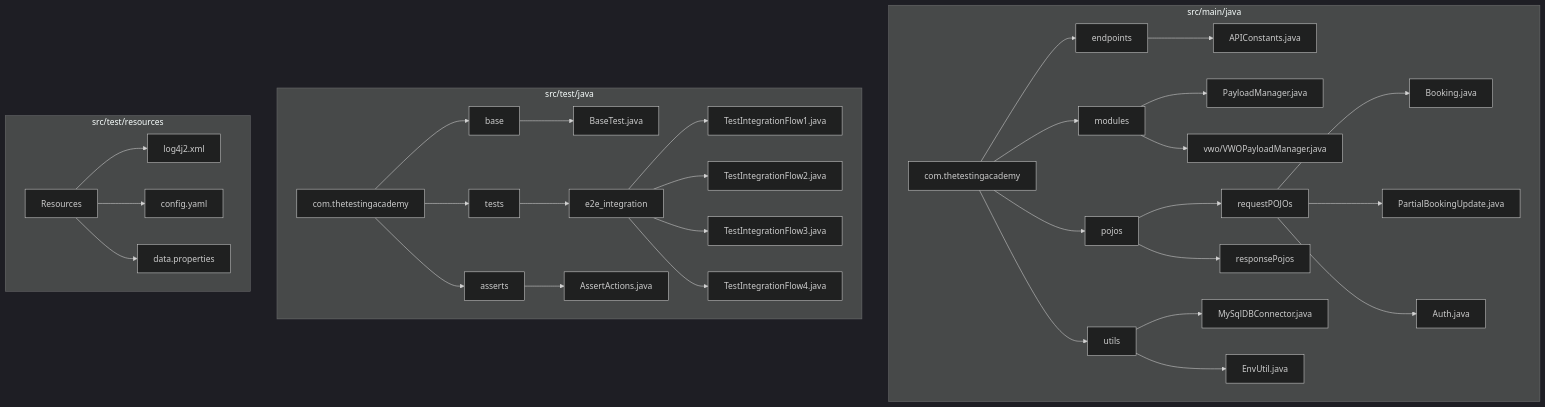
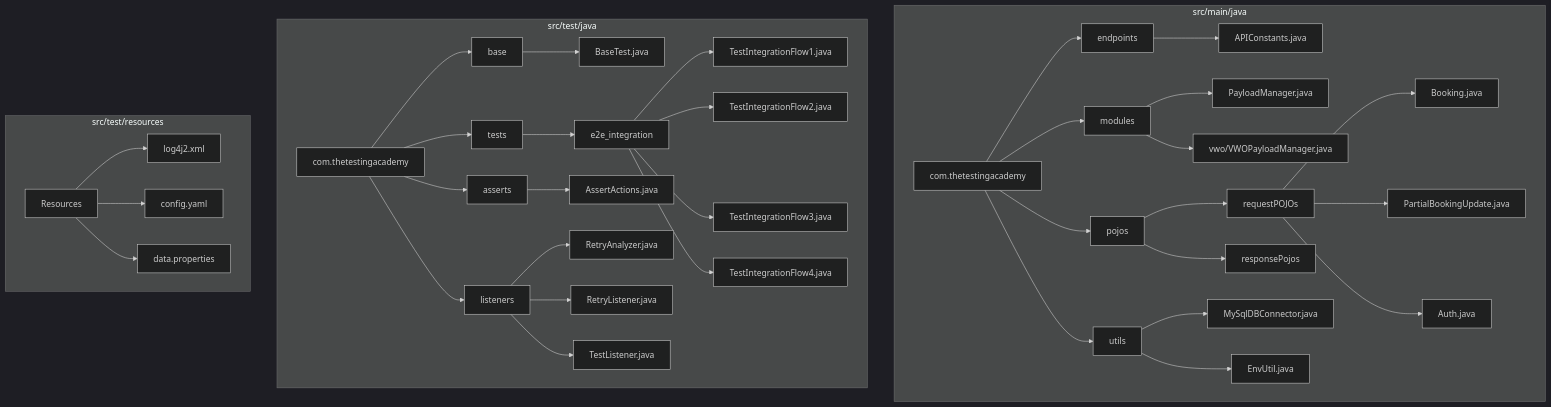
Before and after one commit to PramodDutta/APIAutomationFramworkATB15x: the third of 12 diagrams in README.md, drawn with Mermaid (dark theme). The commit also changed other lines of this file and 11 other files, not shown here.

First line of the commit message:
Add retry analyzer, listeners, DDT test flow, and security improvements

````diff
--- a/README.md
+++ b/README.md
@@ -146,43 +147,47 @@
 ```mermaid
 graph TD
     subgraph src/main/java
         A[com.thetestingacademy]
         A --> B[endpoints]
         A --> C[modules]
         A --> D[pojos]
         A --> E[utils]
 
         B --> B1[APIConstants.java]
         C --> C1[PayloadManager.java]
         C --> C2[vwo/VWOPayloadManager.java]
         D --> D1[requestPOJOs]
         D --> D2[responsePojos]
         D1 --> D1a[Booking.java]
         D1 --> D1b[PartialBookingUpdate.java]
         D1 --> D1c[Auth.java]
         E --> E1[MySqlDBConnector.java]
         E --> E2[EnvUtil.java]
     end
 
     subgraph src/test/java
         F[com.thetestingacademy]
         F --> G[base]
         F --> H[tests]
         F --> I[asserts]
+        F --> L[listeners]
 
         G --> G1[BaseTest.java]
         H --> H1[e2e_integration]
         H1 --> H1a[TestIntegrationFlow1.java]
         H1 --> H1b[TestIntegrationFlow2.java]
         H1 --> H1c[TestIntegrationFlow3.java]
         H1 --> H1d[TestIntegrationFlow4.java]
         I --> I1[AssertActions.java]
+        L --> L1[RetryAnalyzer.java]
+        L --> L2[RetryListener.java]
+        L --> L3[TestListener.java]
     end
 
     subgraph src/test/resources
         J[Resources]
         J --> J1[log4j2.xml]
         J --> J2[config.yaml]
         J --> J3[data.properties]
     end
 ```
````
